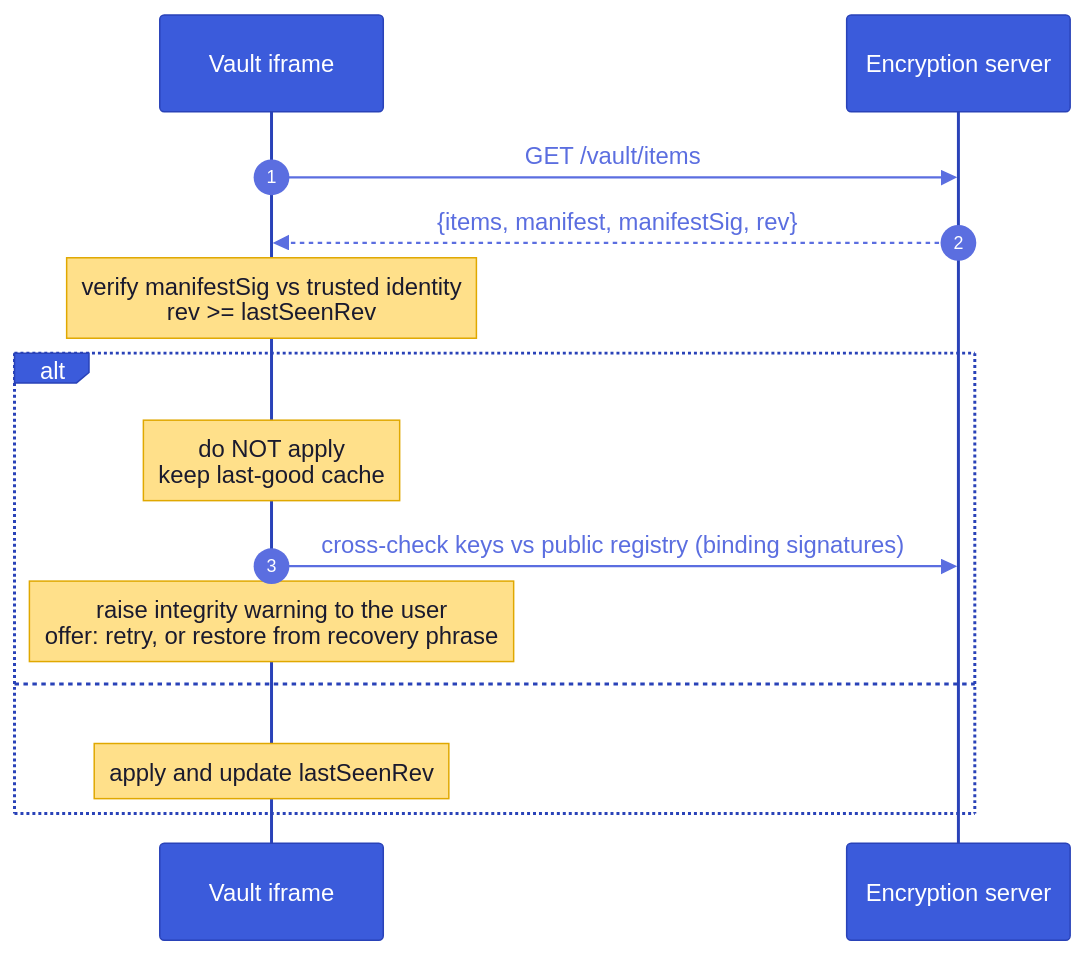
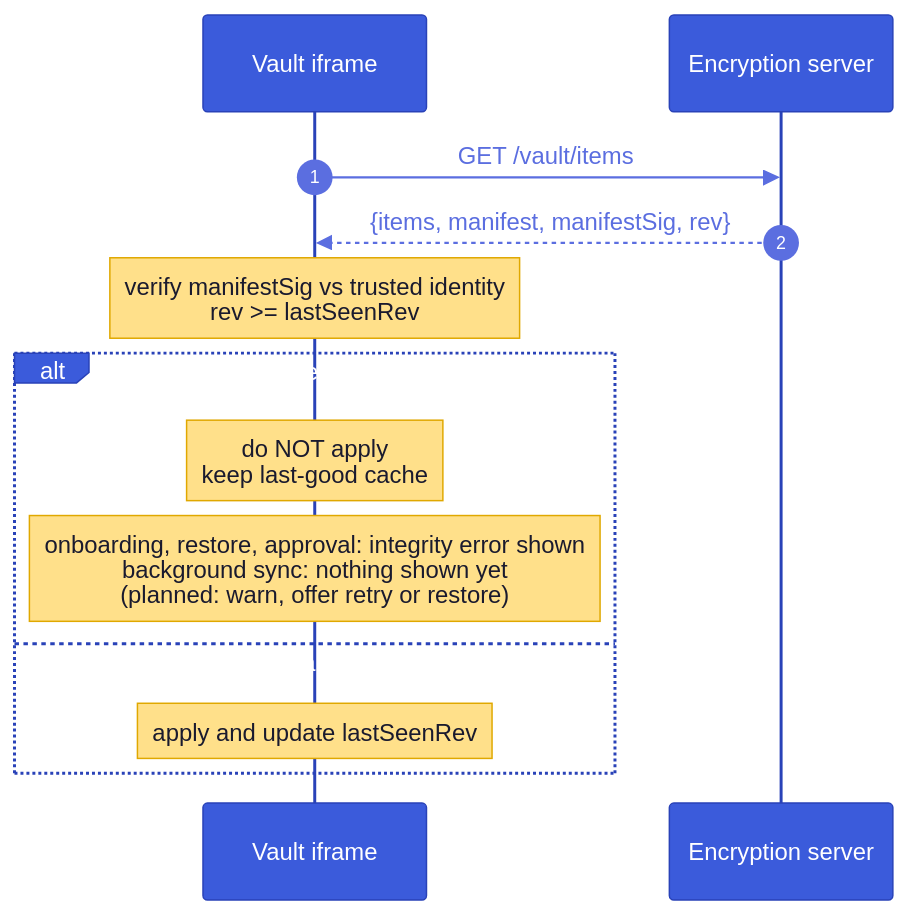
Before and after one commit to suitenumerique/encryption: diagram 16 of 23 in architecture.md, drawn with Mermaid. The commit also changed other lines of this file and 12 other files, not shown here.

````diff
--- a/architecture.md
+++ b/architecture.md
@@ -1099,17 +1130,16 @@
 ```mermaid
-%%{init: {'theme':'base','themeVariables':{'actorBkg':'#3b5bdb','actorTextColor':'#fff','actorBorder':'#2942b8','signalColor':'#5b6ee0','signalTextColor':'#5b6ee0','noteBkgColor':'#ffe08a','noteTextColor':'#1a1a2e','noteBorderColor':'#e0a800','sequenceNumberColor':'#fff'}}}%%
+%%{init: {'theme':'base','look':'classic','themeVariables':{'actorBkg':'#3b5bdb','actorTextColor':'#fff','actorBorder':'#2942b8','signalColor':'#5b6ee0','signalTextColor':'#5b6ee0','noteBkgColor':'#ffe08a','noteTextColor':'#1a1a2e','noteBorderColor':'#e0a800','sequenceNumberColor':'#fff'}}}%%
 sequenceDiagram
   autonumber
   participant V as Vault iframe
   participant API as Encryption server
   V->>API: GET /vault/items
   API-->>V: {items, manifest, manifestSig, rev}
   Note over V: verify manifestSig vs trusted identity<br/>rev >= lastSeenRev
   alt invalid signature or rolled-back revision
     Note over V: do NOT apply<br/>keep last-good cache
-    V->>API: cross-check keys vs public registry (binding signatures)
-    Note over V: raise integrity warning to the user<br/>offer: retry, or restore from recovery phrase
+    Note over V: onboarding, restore, approval: integrity error shown<br/>background sync: nothing shown yet<br/>(planned: warn, offer retry or restore)
   else valid
     Note over V: apply and update lastSeenRev
   end
 ```
````
